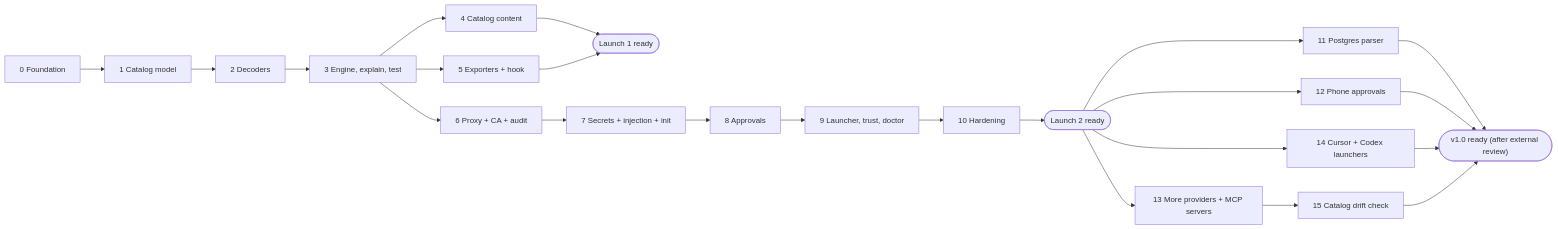
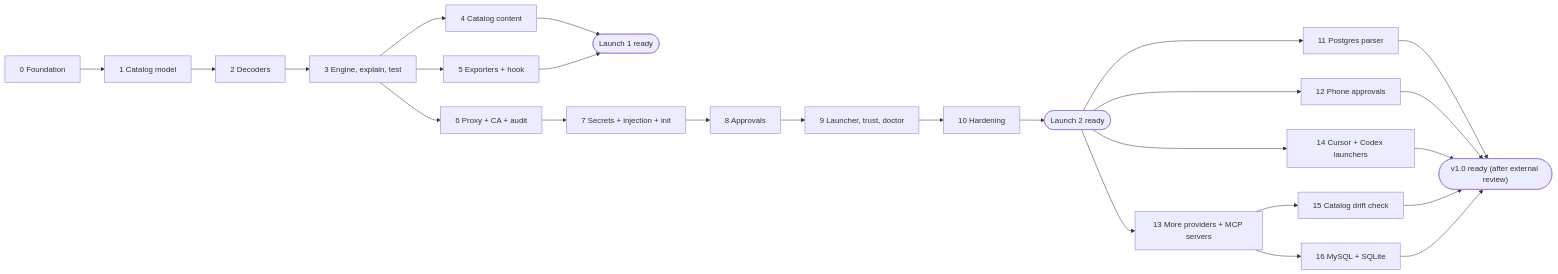
Before and after one commit to rakeshnitb23/opfence: the second of 2 diagrams in docs/BUILD_PLAN.md, drawn with Mermaid. The commit also changed other lines of this file and 46 other files, not shown here.

````diff
--- a/docs/BUILD_PLAN.md
+++ b/docs/BUILD_PLAN.md
@@ -46,25 +46,27 @@
 ```mermaid
 flowchart LR
   S0["0 Foundation"] --> S1["1 Catalog model"]
   S1 --> S2["2 Decoders"]
   S2 --> S3["3 Engine, explain, test"]
   S3 --> S4["4 Catalog content"]
   S3 --> S5["5 Exporters + hook"]
   S4 --> L1(["Launch 1 ready"])
   S5 --> L1
   S3 --> S6["6 Proxy + CA + audit"]
   S6 --> S7["7 Secrets + injection + init"]
   S7 --> S8["8 Approvals"]
   S8 --> S9["9 Launcher, trust, doctor"]
   S9 --> S10["10 Hardening"]
   S10 --> L2(["Launch 2 ready"])
   L2 --> S11["11 Postgres parser"]
   L2 --> S12["12 Phone approvals"]
   L2 --> S13["13 More providers + MCP servers"]
   L2 --> S14["14 Cursor + Codex launchers"]
   S13 --> S15["15 Catalog drift check"]
+  S13 --> S16["16 MySQL + SQLite"]
   S11 --> V1(["v1.0 ready (after external review)"])
   S12 --> V1
   S14 --> V1
   S15 --> V1
+  S16 --> V1
 ```
````
